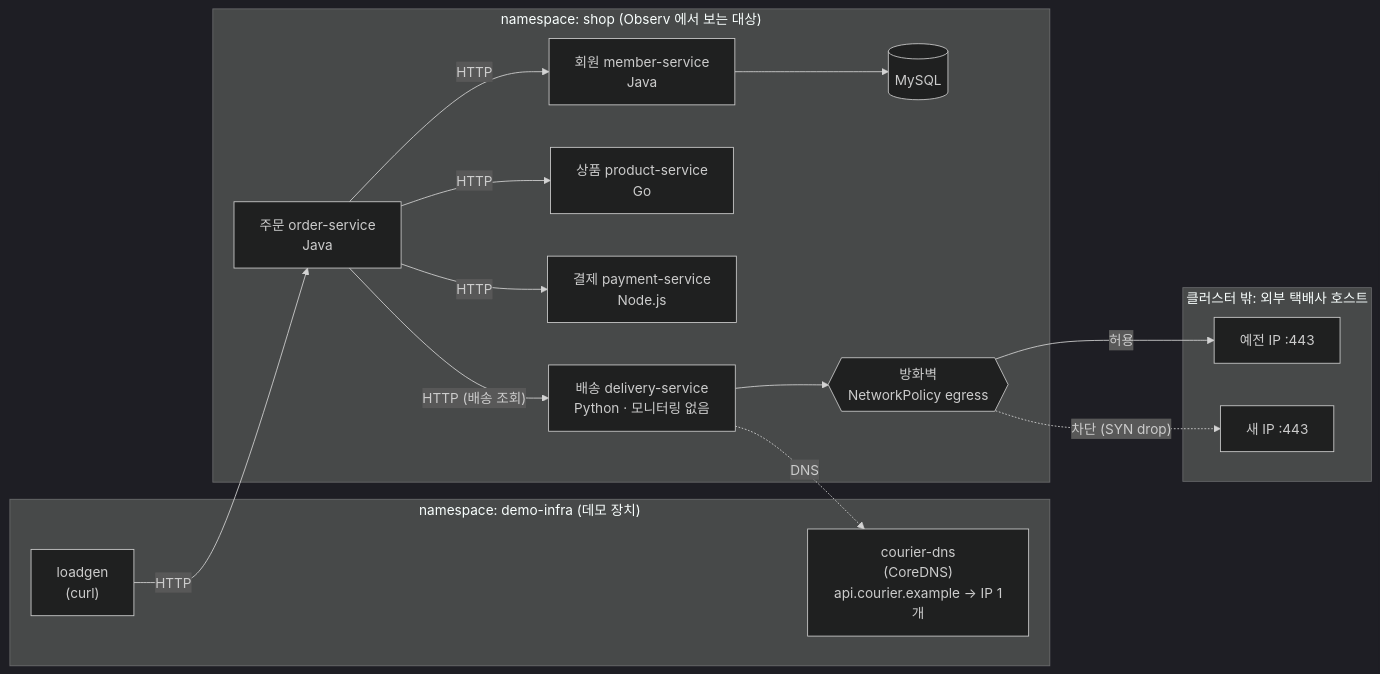
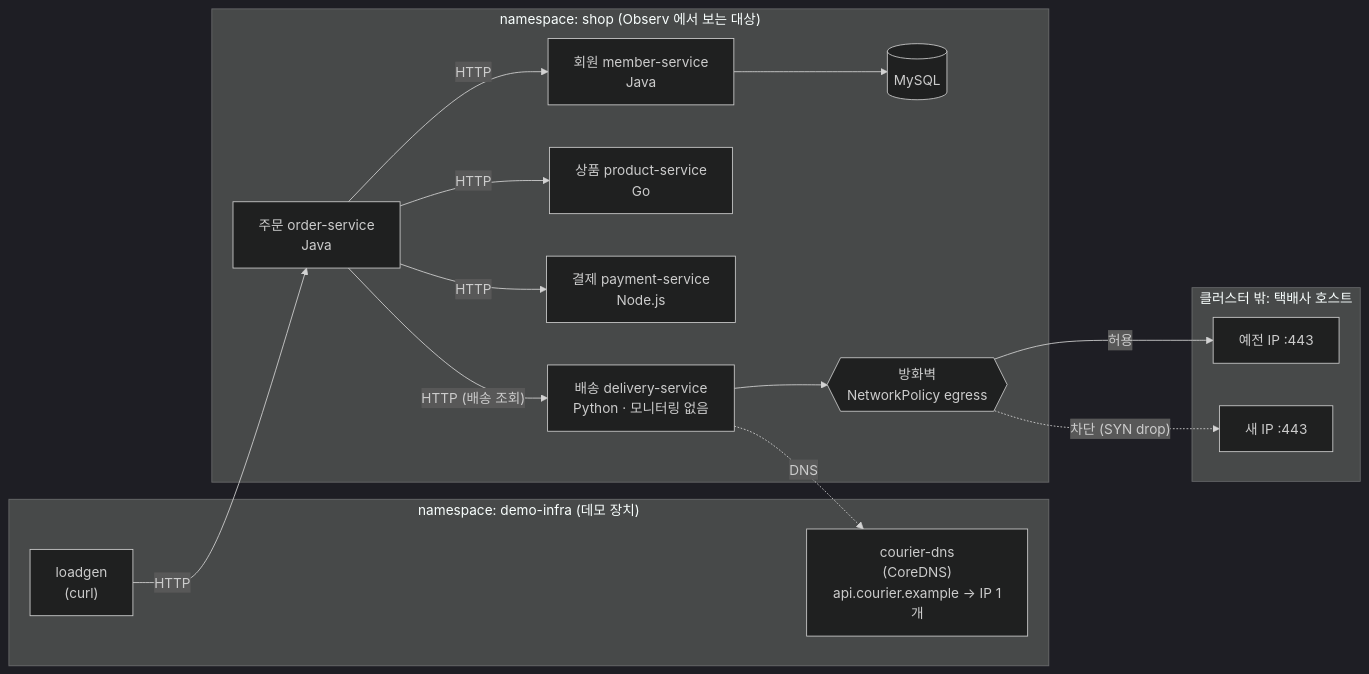
Before and after one commit to beomzh/demo-ebpf-shop: the diagram in README.md, drawn with Mermaid (dark theme). The commit also changed other lines of this file and 16 other files, not shown here.

````diff
--- a/README.md
+++ b/README.md
@@ -80,32 +61,32 @@
 ```mermaid
 flowchart LR
   subgraph infra["namespace: demo-infra (데모 장치)"]
     LG["loadgen<br/>(curl)"]
     DNS["courier-dns<br/>(CoreDNS)<br/>api.courier.example → IP 1개"]
   end
 
   subgraph shop["namespace: shop (Observ 에서 보는 대상)"]
     ORD["주문 order-service<br/>Java"]
     MEM["회원 member-service<br/>Java"]
     PRD["상품 product-service<br/>Go"]
     PAY["결제 payment-service<br/>Node.js"]
     DLV["배송 delivery-service<br/>Python · 모니터링 없음"]
     DB[("MySQL")]
     FW{{"방화벽<br/>NetworkPolicy egress"}}
   end
 
-  subgraph ext["클러스터 밖: 외부 택배사 호스트"]
+  subgraph ext["클러스터 밖: 택배사 호스트"]
     OLD["예전 IP :443"]
     NEW["새 IP :443"]
   end
 
   LG -->|HTTP| ORD
   ORD -->|HTTP| MEM --> DB
   ORD -->|HTTP| PRD
   ORD -->|HTTP| PAY
   ORD -->|"HTTP (배송 조회)"| DLV
   DLV -.->|DNS| DNS
   DLV --> FW
   FW -->|허용| OLD
   FW -.->|"차단 (SYN drop)"| NEW
 ```
````
